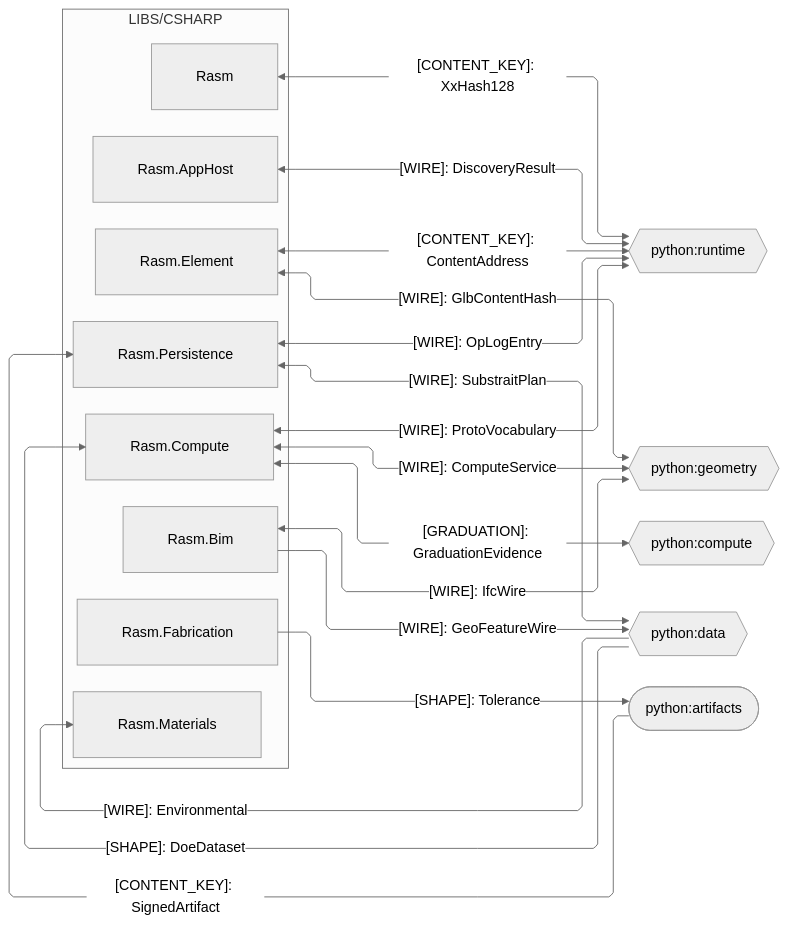
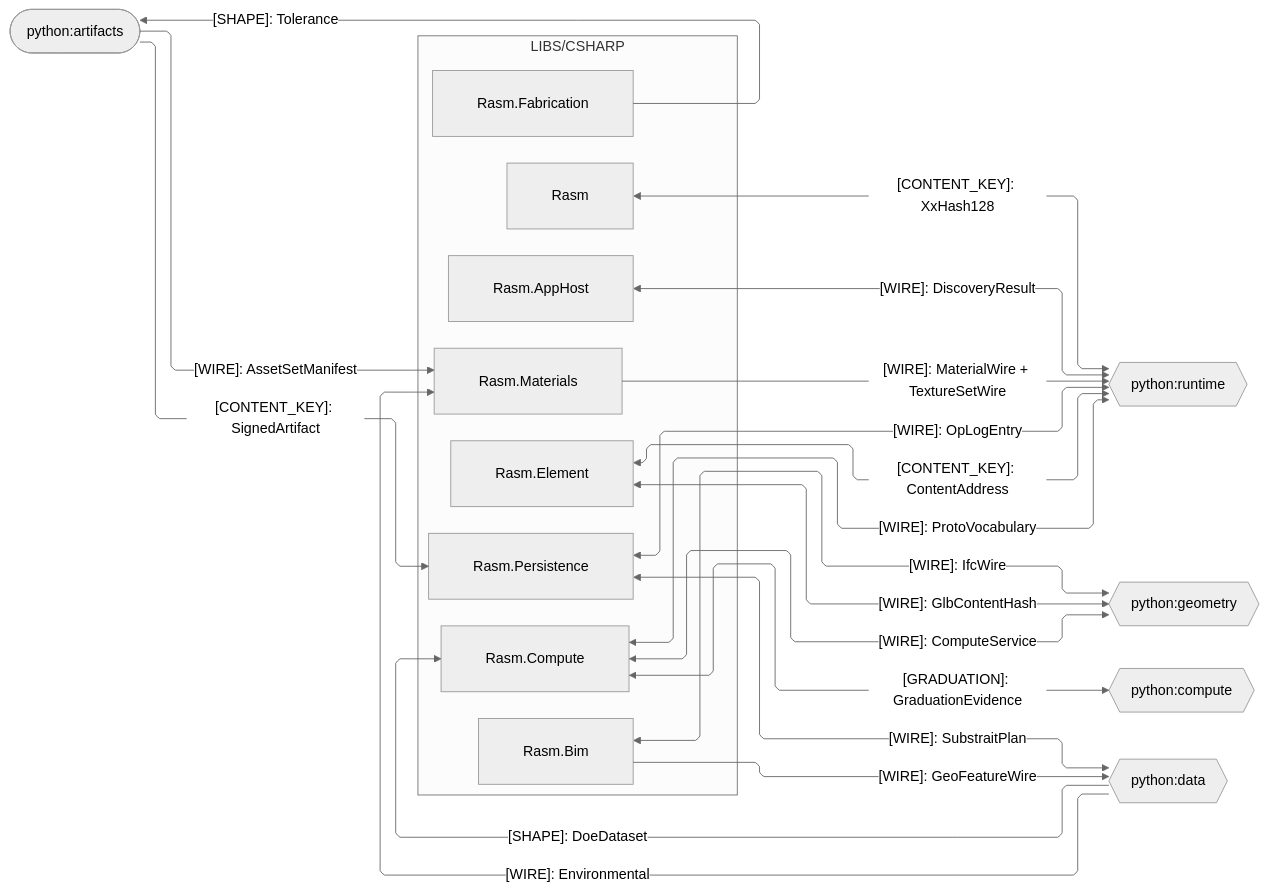
Before and after one commit to bsamiee/Rasm: the second of 5 diagrams in libs/csharp/.planning/ARCHITECTURE.md, drawn with Mermaid (neutral theme). The commit also changed other lines of this file and 108 other files, not shown here.

Commit message:
Land the coldpass doc-set deltas across README, ARCHITECTURE, RULINGS, IDEAS, and TASKLOG files

````diff
--- a/libs/csharp/.planning/ARCHITECTURE.md
+++ b/libs/csharp/.planning/ARCHITECTURE.md
@@ -110,42 +110,44 @@
 ```mermaid
 ---
 config:
   layout: elk
   flowchart:
     curve: linear
     padding: 25
 ---
 flowchart LR
     accTitle: C# branch python seam registry
     accDescr: C# packages exchanging kinded contract shapes with the python packages — data-bearing kinds and shape contracts as labeled edges — bidirectional peers as hexagons, one-way sources and sinks as stadiums.
     subgraph csharp[LIBS/CSHARP]
         Rasm[Rasm]
         Element[Rasm.Element]
         Bim[Rasm.Bim]
         Materials[Rasm.Materials]
         Fabrication[Rasm.Fabrication]
         AppHost[Rasm.AppHost]
         Compute[Rasm.Compute]
         Persistence[Rasm.Persistence]
     end
     PyRuntime{{python:runtime}}
     PyGeometry{{python:geometry}}
     PyCompute{{python:compute}}
     PyData{{python:data}}
     PyArtifacts([python:artifacts])
     Rasm <-->|"[CONTENT_KEY]: XxHash128"| PyRuntime
     Element <-->|"[WIRE]: GlbContentHash"| PyGeometry
     Element <-->|"[CONTENT_KEY]: ContentAddress"| PyRuntime
     Bim <-->|"[WIRE]: IfcWire"| PyGeometry
     Bim -->|"[WIRE]: GeoFeatureWire"| PyData
     PyData -->|"[WIRE]: Environmental"| Materials
+    Materials -->|"[WIRE]: MaterialWire + TextureSetWire"| PyRuntime
+    PyArtifacts -->|"[WIRE]: AssetSetManifest"| Materials
     Fabrication -->|"[SHAPE]: Tolerance"| PyArtifacts
     AppHost <-->|"[WIRE]: DiscoveryResult"| PyRuntime
     Compute <-->|"[WIRE]: ComputeService"| PyGeometry
     Compute <-->|"[WIRE]: ProtoVocabulary"| PyRuntime
     Compute <-->|"[GRADUATION]: GraduationEvidence"| PyCompute
     PyData -->|"[SHAPE]: DoeDataset"| Compute
     Persistence <-->|"[WIRE]: OpLogEntry"| PyRuntime
     PyArtifacts -->|"[CONTENT_KEY]: SignedArtifact"| Persistence
     Persistence <-->|"[WIRE]: SubstraitPlan"| PyData
 ```
````
